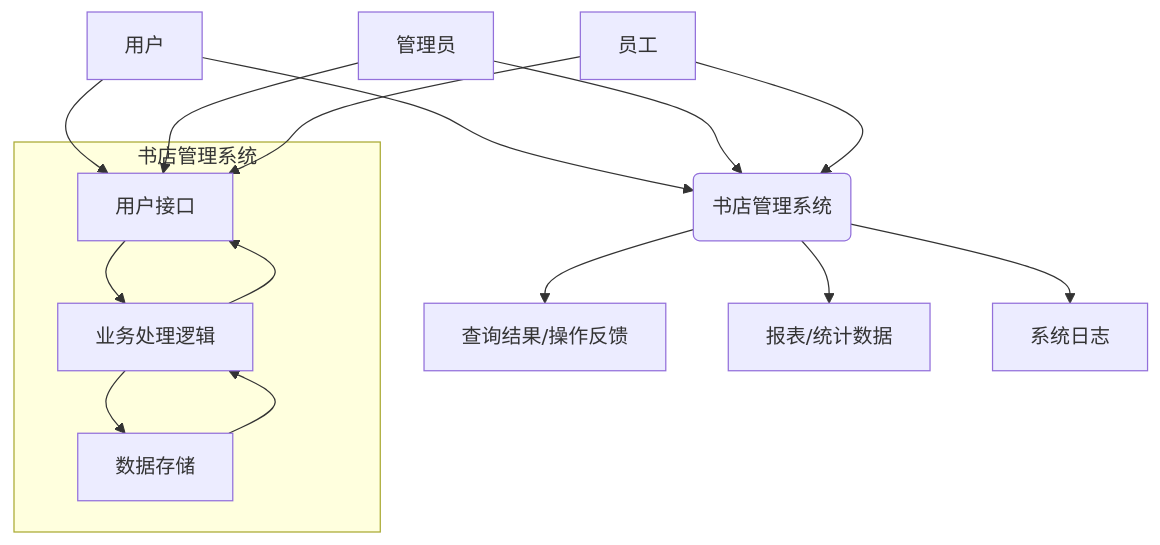
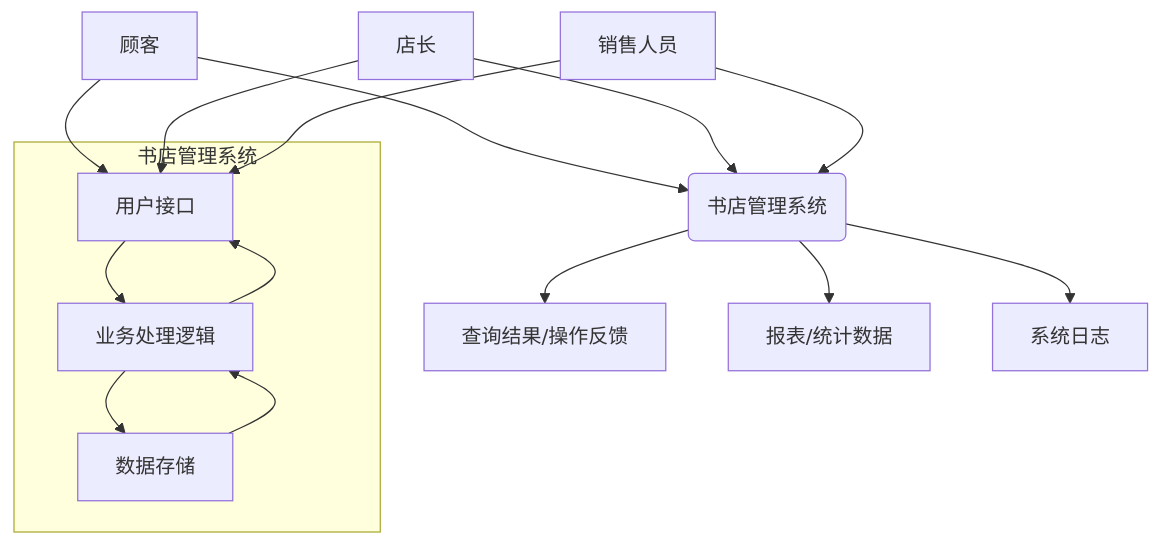
One commit to yuki-cjm/Bookstore-2025 changed the fifth of 8 diagrams in 需求分析文档.md. Above: the diagram before and after it, drawn with Mermaid. The commit also changed other lines of this file, not shown here.

````diff
--- a/需求分析文档.md
+++ b/需求分析文档.md
@@ -164,24 +175,24 @@
 ```mermaid
 graph TD
-    A[用户] --> B(书店管理系统)
-    C[管理员] --> B
-    D[员工] --> B
+    A[顾客] --> B(书店管理系统)
+    C[店长] --> B
+    D[销售人员] --> B
     
     B --> F[查询结果/操作反馈]
     B --> G[报表/统计数据]
     B --> H[系统日志]
     
     subgraph "书店管理系统"
         I[用户接口]
         J[业务处理逻辑]
         K[数据存储]
     end
     
     A --> I
     C --> I
     D --> I
     I --> J
     J --> K
     K --> J
     J --> I
 ```
````
